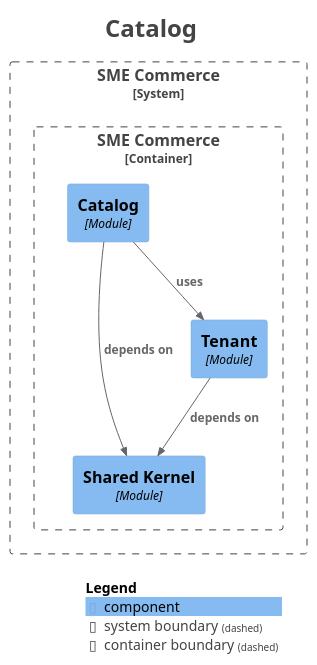
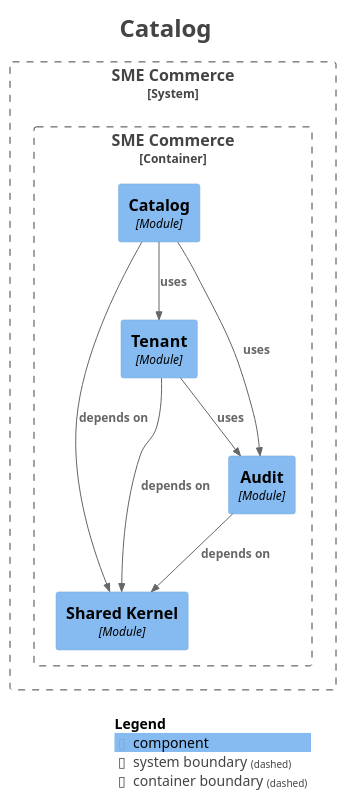
One commit to hezronokwach/sme-commerce-platform changed the diagram in docs/modules/module-catalog.puml. Above: the diagram before and after it, drawn with PlantUML. The commit also changed 19 other files, not shown here.

```diff
--- a/docs/modules/module-catalog.puml
+++ b/docs/modules/module-catalog.puml
@@ -1,33 +1,37 @@
 @startuml
 title <size:24>Catalog</size>
 
 set separator none
 top to bottom direction
 
 <style>
   root {
     BackgroundColor: #ffffff
     FontColor: #444444
   }
 </style>
 
 !include <C4/C4>
 !include <C4/C4_Context>
 !include <C4/C4_Component>
 
 System_Boundary("SMECommerce_boundary", "SME Commerce", $tags="") {
   Container_Boundary("SMECommerce.SMECommerce_boundary", "SME Commerce", $tags="") {
     Component(SMECommerce.SMECommerce.SharedKernel, "Shared Kernel", $techn="Module", $descr="", $tags="", $link="")
+    Component(SMECommerce.SMECommerce.Audit, "Audit", $techn="Module", $descr="", $tags="", $link="")
     Component(SMECommerce.SMECommerce.Tenant, "Tenant", $techn="Module", $descr="", $tags="", $link="")
     Component(SMECommerce.SMECommerce.Catalog, "Catalog", $techn="Module", $descr="", $tags="", $link="")
   }
 
 }
 
+Rel(SMECommerce.SMECommerce.Audit, SMECommerce.SMECommerce.SharedKernel, "depends on", $techn="", $tags="", $link="")
 Rel(SMECommerce.SMECommerce.Tenant, SMECommerce.SMECommerce.SharedKernel, "depends on", $techn="", $tags="", $link="")
+Rel(SMECommerce.SMECommerce.Tenant, SMECommerce.SMECommerce.Audit, "uses", $techn="", $tags="", $link="")
 Rel(SMECommerce.SMECommerce.Catalog, SMECommerce.SMECommerce.SharedKernel, "depends on", $techn="", $tags="", $link="")
 Rel(SMECommerce.SMECommerce.Catalog, SMECommerce.SMECommerce.Tenant, "uses", $techn="", $tags="", $link="")
+Rel(SMECommerce.SMECommerce.Catalog, SMECommerce.SMECommerce.Audit, "uses", $techn="", $tags="", $link="")
 
 SHOW_LEGEND(true)
 hide stereotypes
 @enduml
```
